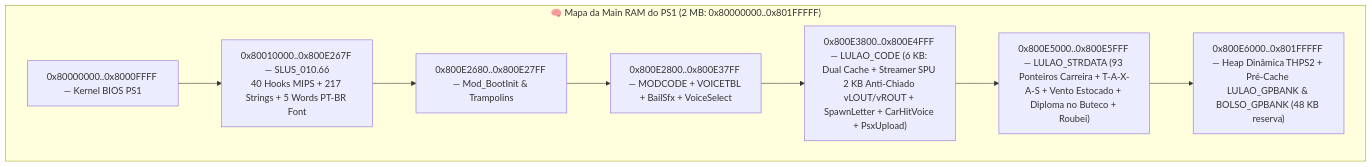
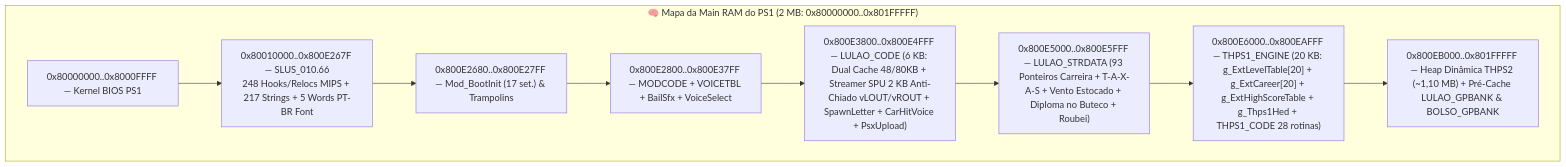
The fourth of 4 diagrams in HISTORIA_DO_PROJETO_THPS2_MOD.md (WagnerxOliveira/Tony_Hawk-s_Pro_Skater_2_Mod_PSX), drawn with Mermaid before and after one commit. The commit also changed other lines of this file and 16 other files, not shown here.

Commit message:
Integracao completa das 9 fases do THPS1 intercaladas no Modo Carreira do THPS2 (19 fases + Custom Park), 2.301 trilhos e 68 moedas convertidas em $100 Cash para Stats, motor MIPS residente de 20 fases, despacho CCar 215/216 Streets SF, enciclopedia MAPA 14 e historia atualizada

````diff
--- a/HISTORIA_DO_PROJETO_THPS2_MOD.md
+++ b/HISTORIA_DO_PROJETO_THPS2_MOD.md
@@ -332,13 +366,14 @@
 ```mermaid
 flowchart TB
     subgraph RAM["🧠 Mapa da Main RAM do PS1 (2 MB: 0x80000000..0x801FFFFF)"]
         K["0x80000000..0x8000FFFF — Kernel BIOS PS1"]
-        E["0x80010000..0x800E267F — SLUS_010.66<br/>40 Hooks MIPS + 217 Strings + 5 Words PT-BR Font"]
-        B["0x800E2680..0x800E27FF — Mod_BootInit & Trampolins"]
+        E["0x80010000..0x800E267F — SLUS_010.66<br/>248 Hooks/Relocs MIPS + 217 Strings + 5 Words PT-BR Font"]
+        B["0x800E2680..0x800E27FF — Mod_BootInit (17 set.) & Trampolins"]
         M["0x800E2800..0x800E37FF — MODCODE + VOICETBL + BailSfx + VoiceSelect"]
-        L["0x800E3800..0x800E4FFF — LULAO_CODE (6 KB: Dual Cache + Streamer SPU 2 KB Anti-Chiado vLOUT/vROUT + SpawnLetter + CarHitVoice + PsxUpload)"]
+        L["0x800E3800..0x800E4FFF — LULAO_CODE (6 KB: Dual Cache 48/80KB + Streamer SPU 2 KB Anti-Chiado vLOUT/vROUT + SpawnLetter + CarHitVoice + PsxUpload)"]
         S["0x800E5000..0x800E5FFF — LULAO_STRDATA (93 Ponteiros Carreira + T-A-X-A-S + Vento Estocado + Diploma no Buteco + Roubei)"]
-        H["0x800E6000..0x801FFFFF — Heap Dinâmica THPS2 + Pré-Cache LULAO_GPBANK & BOLSO_GPBANK (48 KB reserva)"]
+        T["0x800E6000..0x800EAFFF — THPS1_ENGINE (20 KB: g_ExtLevelTable[20] + g_ExtCareer[20] + g_ExtHighScoreTable + g_Thps1Hed + THPS1_CODE 28 rotinas)"]
+        H["0x800EB000..0x801FFFFF — Heap Dinâmica THPS2 (~1,10 MB) + Pré-Cache LULAO_GPBANK & BOLSO_GPBANK"]
     end
-    K --> E --> B --> M --> L --> S --> H
+    K --> E --> B --> M --> L --> S --> T --> H
 ```
````
